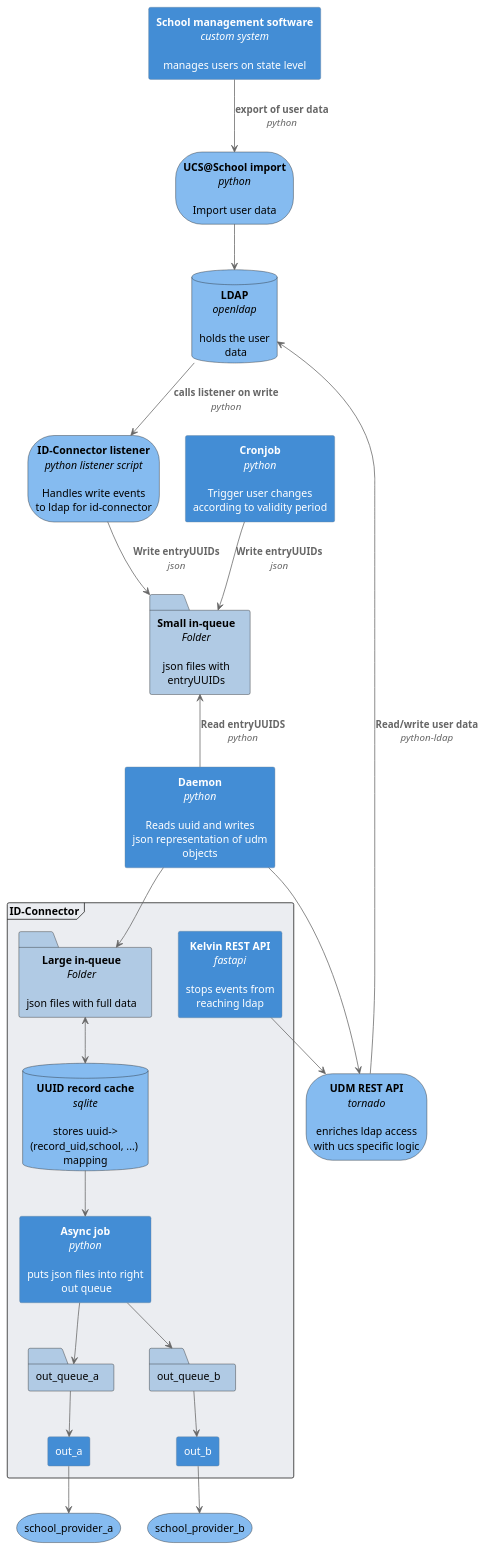
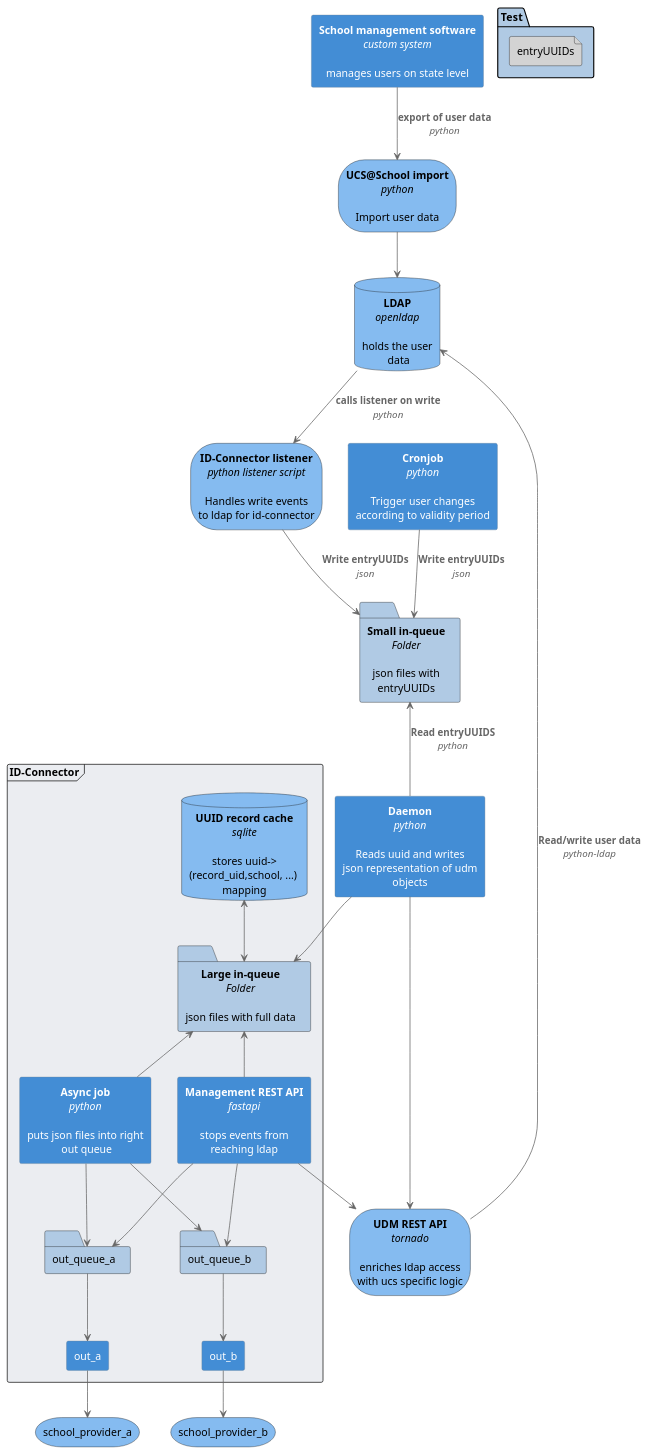
The diagram in docs/source/static/ucsschool-id-connector.puml (univention/ucsschool-id-connector), drawn with PlantUML before and after one commit. The commit also changed 40 other files, not shown here.

Commit message:
Issue #279: WIP - c4 diagrams

```diff
--- a/docs/source/static/ucsschool-id-connector.puml
+++ b/docs/source/static/ucsschool-id-connector.puml
@@ -1,75 +1,97 @@
 @startuml
 
 
 skinparam defaultTextAlignment center
 
 skinparam AgentBackgroundColor #438dd5
 skinparam AgentFontColor white
 skinparam AgentBorderColor #6a8198
 
 skinparam StorageBackgroundColor #85bbf0
 skinparam DatabaseBackgroundColor #85bbf0
 skinparam FolderBackgroundColor #b0cae4
+skinparam FileBackgroundColor lightgrey
 
 skinparam ArrowColor #666666
 skinparam ArrowFontColor #666666
 
 skinparam FrameBackgroundColor #ebedf1
 
 
 ' <b>\n<i>\n\n
 
 agent "<b>School management software\n<i>custom system\n\nmanages users on state level" as sms
+
 storage "<b>UCS@School import\n<i>python\n\nImport user data" as import
+
 database "<b>LDAP\n<i>openldap\n\nholds the user\n data" as ldap
+
 storage "<b>ID-Connector listener\n<i>python listener script\n\nHandles write events\nto ldap for id-connector" as id_connector_listener
+
 agent "<b>Cronjob\n<i>python\n\nTrigger user changes\naccording to validity period" as cronjob
+
 folder "<b>Small in-queue\n<i>Folder\n\njson files with\nentryUUIDs" as small_in_queue
-agent "<b>Daemon\n<i>python\n\nReads uuid and writes\njson representation of udm\nobjects" as daemon
+
 storage "<b>UDM REST API\n<i>tornado\n\nenriches ldap access\nwith ucs specific logic" as udm_rest_api
 
 
 
+agent "<b>Daemon\n<i>python\n\nReads uuid and writes\njson representation of udm\nobjects" as daemon
+
 frame ID-Connector {
 
 
-agent "<b>Kelvin REST API\n<i>fastapi\n\nstops events from\nreaching ldap" as kelvin_rest_api
 
-folder "<b>Large in-queue\n<i>Folder\n\njson files with full data" as large_in_queue
+    agent "<b>Management REST API\n<i>fastapi\n\nstops events from\nreaching ldap" as management_api
 
+    folder "<b>Large in-queue\n<i>Folder\n\njson files with full data" as large_in_queue
 
-database "<b>UUID record cache\n<i>sqlite\n\nstores uuid->\n(record_uid,school, ...) \nmapping" as uuid_record_cache
+    database "<b>UUID record cache\n<i>sqlite\n\nstores uuid->\n(record_uid,school, ...) \nmapping" as uuid_record_cache
 
+    agent "<b>Async job\n<i>python\n\nputs json files into right\n out queue" as async_job
 
-agent "<b>Async job\n<i>python\n\nputs json files into right\n out queue" as async_job
-folder "out_queue_a" as out_queue_a
-folder "out_queue_b" as out_queue_b
-agent "out_a" as out_a
-agent "out_b" as out_b
+    folder "out_queue_a" as out_queue_a
+
+    folder "out_queue_b" as out_queue_b
+
+    agent "out_a" as out_a
+
+    agent "out_b" as out_b
 
 }
+
 storage "school_provider_a" as school_provider_a
+
 storage "school_provider_b" as school_provider_b
 
 sms --> import : <b>export of user data\n<i>python
 import --> ldap
 ldap --> id_connector_listener : <b>calls listener on write\n<i>python
 id_connector_listener --> small_in_queue: <b>Write entryUUIDs\n<i>json
 cronjob --> small_in_queue: <b>Write entryUUIDs\n<i>json
 small_in_queue <-- daemon: <b>Read entryUUIDS\n<i>python
 'daemon-up->small_in_queue
 daemon --> large_in_queue
-large_in_queue <-->uuid_record_cache
-uuid_record_cache --> async_job
+'large_in_queue <-->uuid_record_cache
+ uuid_record_cache <--> large_in_queue
+large_in_queue <-- async_job
 async_job --> out_queue_a
 out_queue_a --> out_a
 out_a --> school_provider_a
 async_job --> out_queue_b
 out_queue_b --> out_b
 out_b --> school_provider_b
 daemon --> udm_rest_api
 udm_rest_api --> ldap: <b>Read/write user data\n<i>python-ldap
-kelvin_rest_api --> udm_rest_api
+management_api --> udm_rest_api
+large_in_queue <-- management_api
+management_api --> out_queue_a
+management_api --> out_queue_b
 
 
+
+folder Test {
+    File entryUUIDs
+}
+
 @enduml
```
